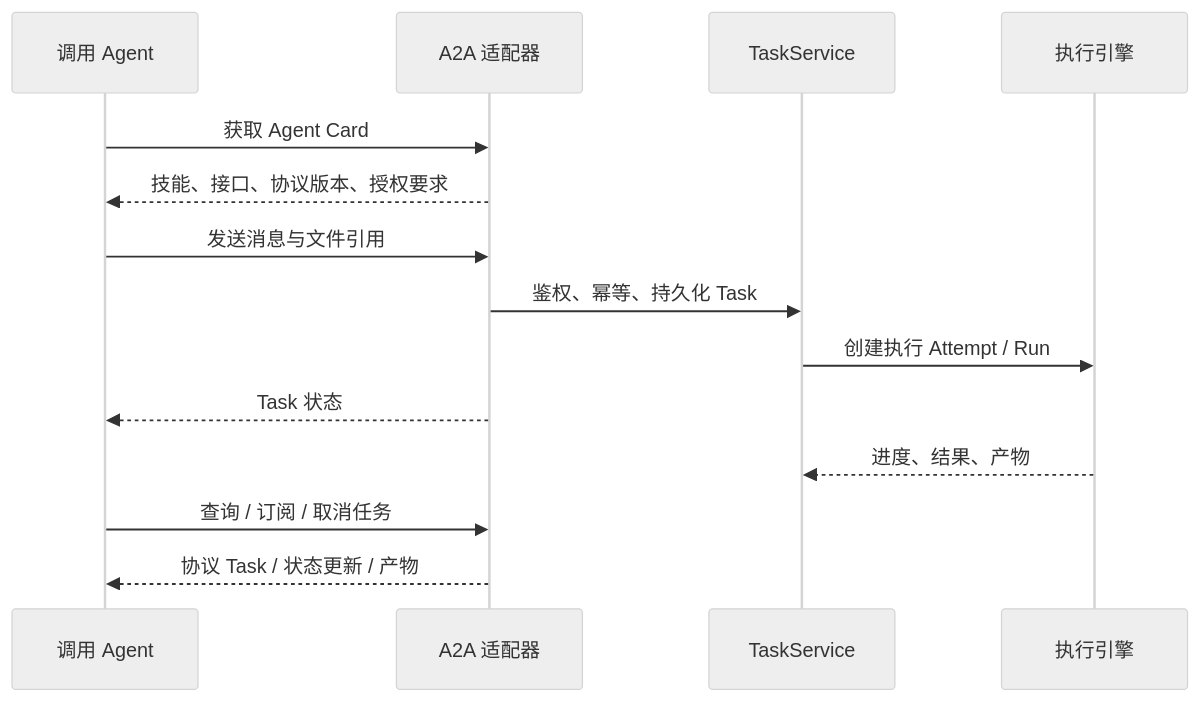
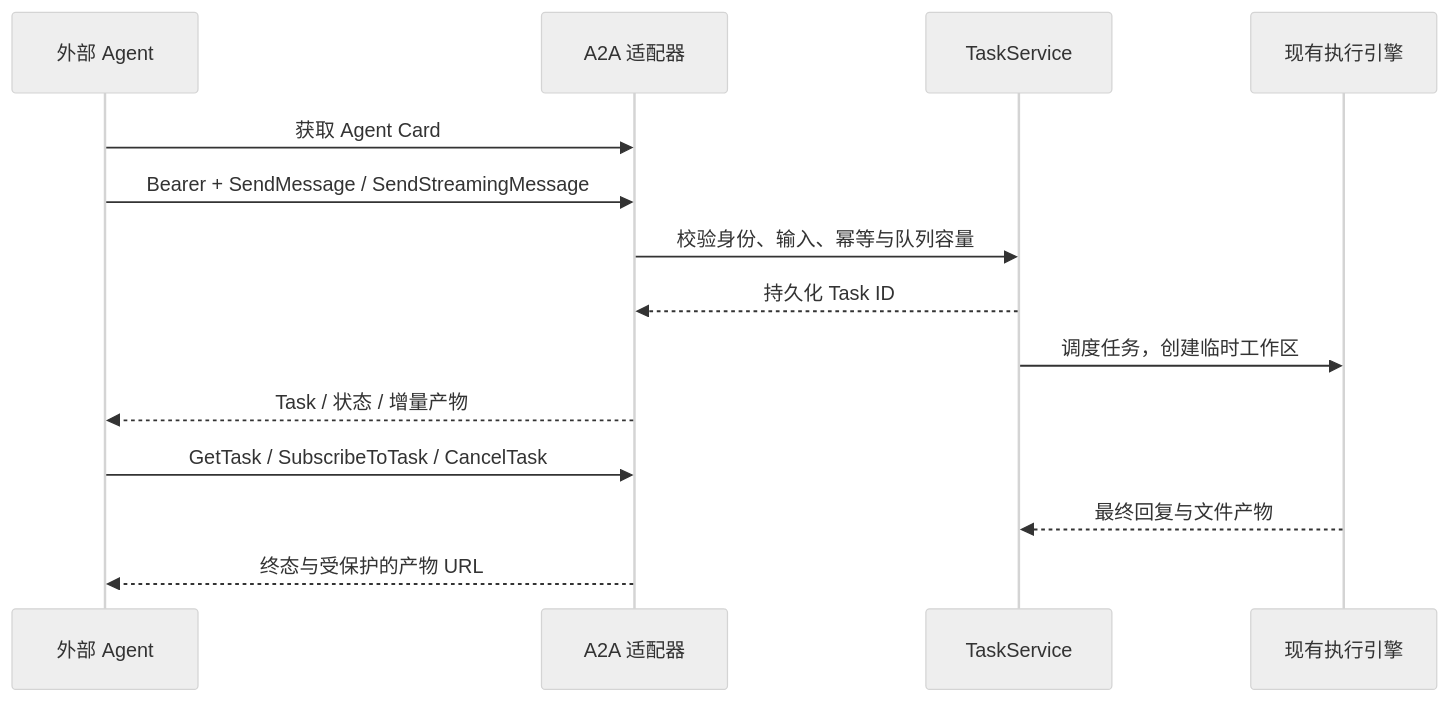
Before and after one commit to umeiko/UmEkO: the diagram in docs/architecture/a2a.md, drawn with Mermaid (neutral theme). The commit also changed other lines of this file and 47 other files, not shown here.

````diff
--- a/docs/architecture/a2a.md
+++ b/docs/architecture/a2a.md
@@ -11,16 +5,16 @@
 ```mermaid
 sequenceDiagram
-    participant C as 调用 Agent
+    participant C as 外部 Agent
     participant A as A2A 适配器
     participant T as TaskService
-    participant E as 执行引擎
+    participant E as 现有执行引擎
     C->>A: 获取 Agent Card
-    A-->>C: 技能、接口、协议版本、授权要求
-    C->>A: 发送消息与文件引用
-    A->>T: 鉴权、幂等、持久化 Task
-    T->>E: 创建执行 Attempt / Run
-    A-->>C: Task 状态
-    E-->>T: 进度、结果、产物
-    C->>A: 查询 / 订阅 / 取消任务
-    A-->>C: 协议 Task / 状态更新 / 产物
+    C->>A: Bearer + SendMessage / SendStreamingMessage
+    A->>T: 校验身份、输入、幂等与队列容量
+    T-->>A: 持久化 Task ID
+    T->>E: 调度任务，创建临时工作区
+    A-->>C: Task / 状态 / 增量产物
+    C->>A: GetTask / SubscribeToTask / CancelTask
+    E-->>T: 最终回复与文件产物
+    A-->>C: 终态与受保护的产物 URL
 ```
````
